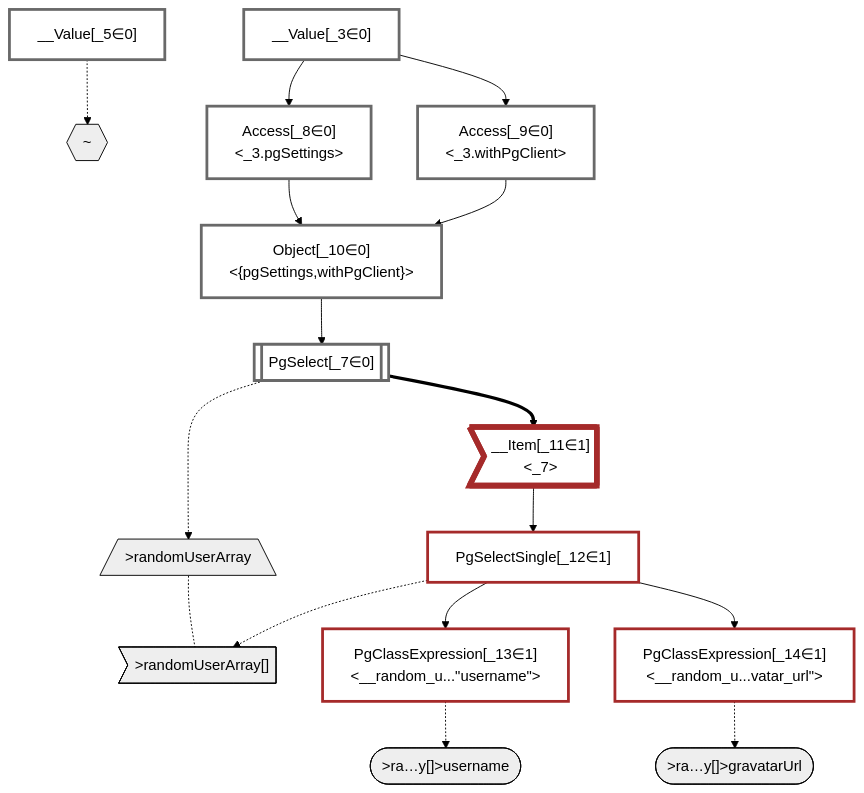
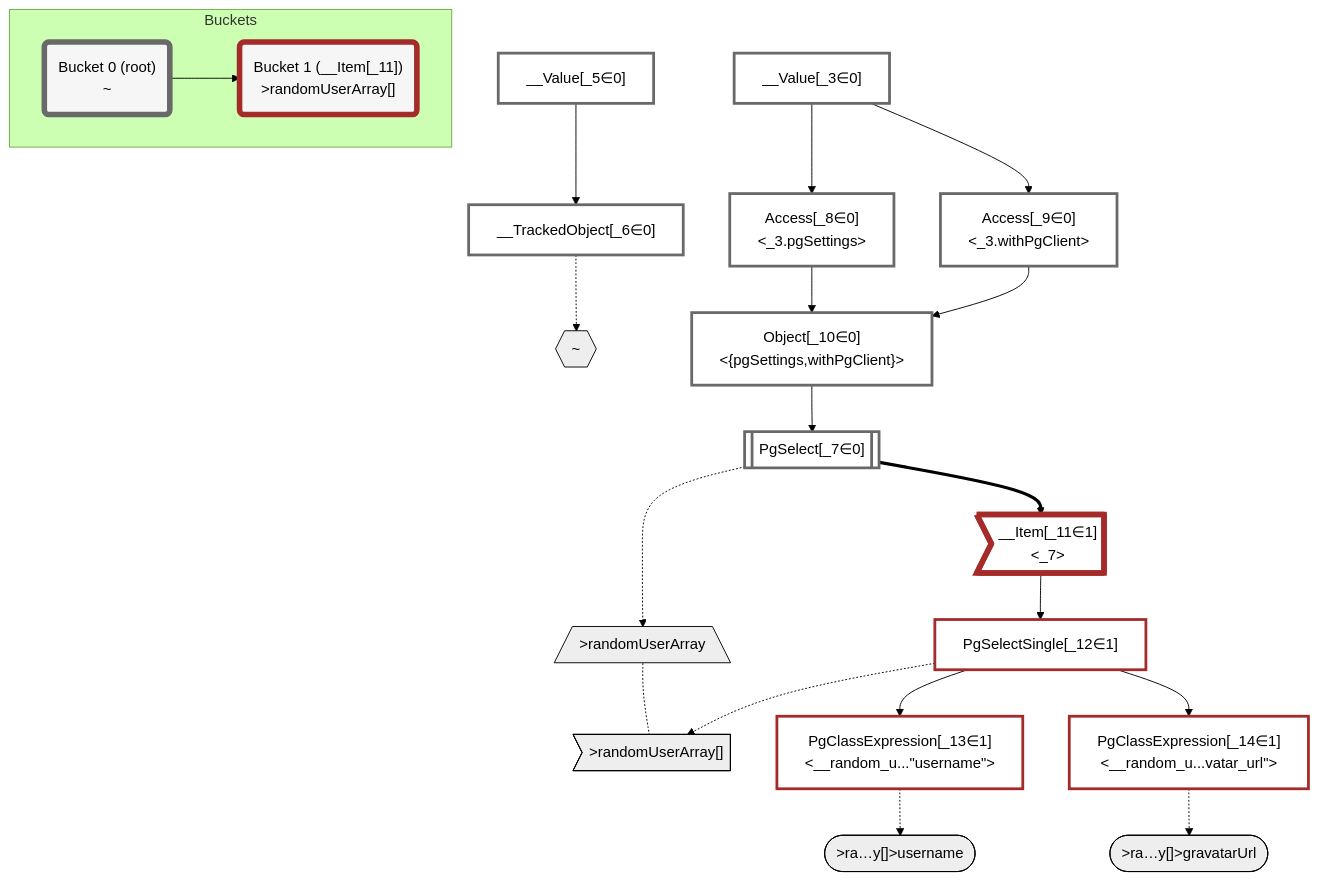
Before and after one commit to graphile/crystal: the diagram in packages/dataplan-pg/__tests__/queries/functions/custom-query-random-user-array.deopt.mermaid.md, drawn with Mermaid (forest theme). The commit also changed 195 other files, not shown here.

````diff
--- a/packages/dataplan-pg/__tests__/queries/functions/custom-query-random-user-array.deopt.mermaid.md
+++ b/packages/dataplan-pg/__tests__/queries/functions/custom-query-random-user-array.deopt.mermaid.md
@@ -1,55 +1,66 @@
 ```mermaid
 graph TD
     classDef path fill:#eee,stroke:#000,color:#000
     classDef plan fill:#fff,stroke-width:3px,color:#000
     classDef itemplan fill:#fff,stroke-width:6px,color:#000
     classDef sideeffectplan fill:#f00,stroke-width:6px,color:#000
+    classDef bucket fill:#f6f6f6,color:#000,stroke-width:6px
 
     %% subgraph fields
     P1{{"~"}}:::path
     P2[/">randomUserArray"\]:::path
     P3>">randomUserArray[]"]:::path
     P2 -.- P3
     P4([">ra…y[]>username"]):::path
     %% P3 -.-> P4
     P5([">ra…y[]>gravatarUrl"]):::path
     %% P3 -.-> P5
     %% P1 -.-> P2
     %% end
 
     %% define plans
     __Value_3["__Value[_3∈0]<br /><context>"]:::plan
     __Value_5["__Value[_5∈0]<br /><rootValue>"]:::plan
+    __TrackedObject_6["__TrackedObject[_6∈0]"]:::plan
     PgSelect_7[["PgSelect[_7∈0]<br /><random_user_array>"]]:::plan
     Access_8["Access[_8∈0]<br /><_3.pgSettings>"]:::plan
     Access_9["Access[_9∈0]<br /><_3.withPgClient>"]:::plan
     Object_10["Object[_10∈0]<br /><{pgSettings,withPgClient}>"]:::plan
     __Item_11>"__Item[_11∈1]<br /><_7>"]:::itemplan
     PgSelectSingle_12["PgSelectSingle[_12∈1]<br /><random_user_array>"]:::plan
     PgClassExpression_13["PgClassExpression[_13∈1]<br /><__random_u...#quot;username#quot;>"]:::plan
     PgClassExpression_14["PgClassExpression[_14∈1]<br /><__random_u...vatar_url#quot;>"]:::plan
 
     %% plan dependencies
+    __Value_5 --> __TrackedObject_6
     Object_10 --> PgSelect_7
     __Value_3 --> Access_8
     __Value_3 --> Access_9
     Access_8 --> Object_10
     Access_9 --> Object_10
     PgSelect_7 ==> __Item_11
     __Item_11 --> PgSelectSingle_12
     PgSelectSingle_12 --> PgClassExpression_13
     PgSelectSingle_12 --> PgClassExpression_14
 
     %% plan-to-path relationships
-    __Value_5 -.-> P1
+    __TrackedObject_6 -.-> P1
     PgSelect_7 -.-> P2
     PgSelectSingle_12 -.-> P3
     PgClassExpression_13 -.-> P4
     PgClassExpression_14 -.-> P5
 
     %% allocate buckets
     classDef bucket0 stroke:#696969
-    class __Value_3,__Value_5,PgSelect_7,Access_8,Access_9,Object_10 bucket0
+    class __Value_3,__Value_5,__TrackedObject_6,PgSelect_7,Access_8,Access_9,Object_10 bucket0
     classDef bucket1 stroke:#a52a2a
     class __Item_11,PgSelectSingle_12,PgClassExpression_13,PgClassExpression_14 bucket1
+
+    subgraph Buckets
+    Bucket0("Bucket 0 (root)<br />~"):::bucket
+    style Bucket0 stroke:#696969
+    Bucket1("Bucket 1 (__Item[_11])<br />>randomUserArray[]"):::bucket
+    style Bucket1 stroke:#a52a2a
+    Bucket0 --> Bucket1
+    end
 ```
````
